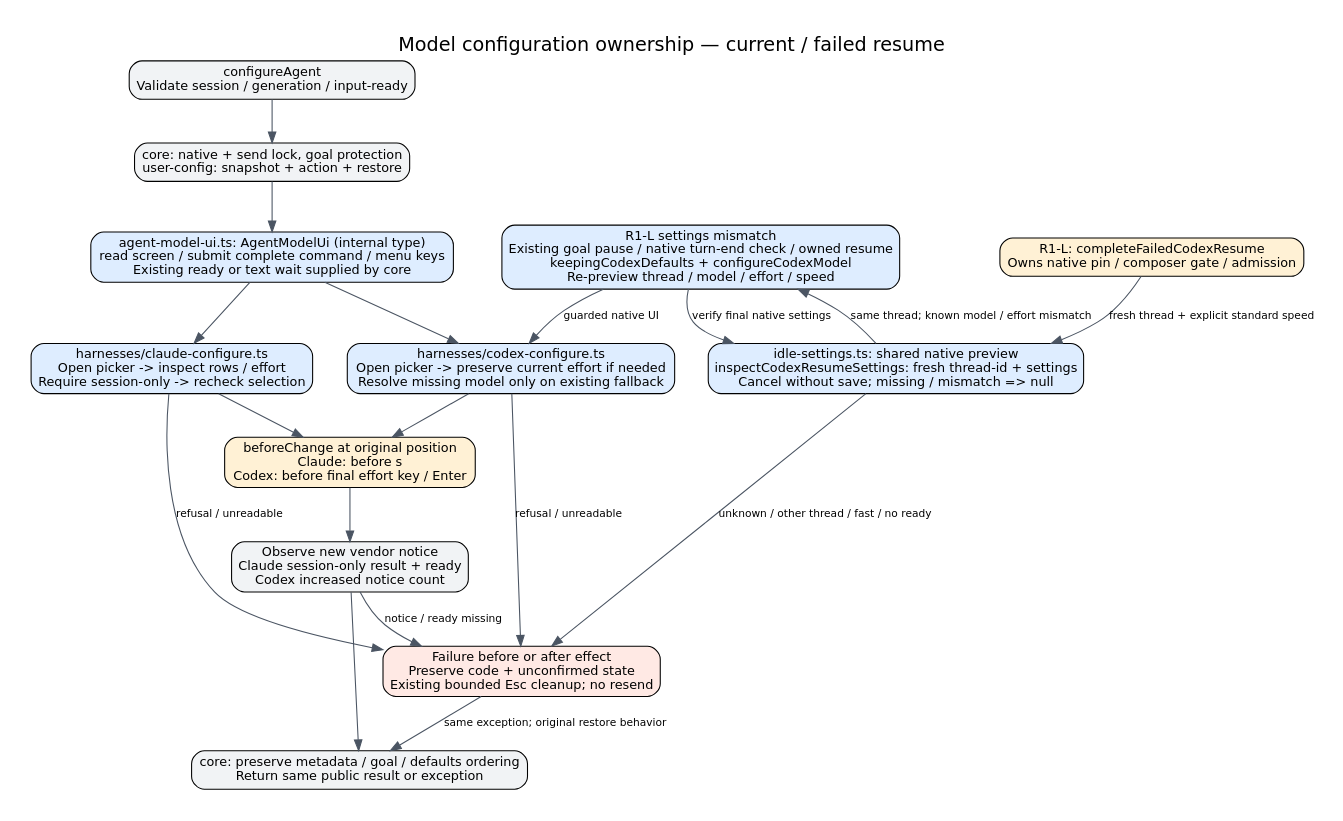
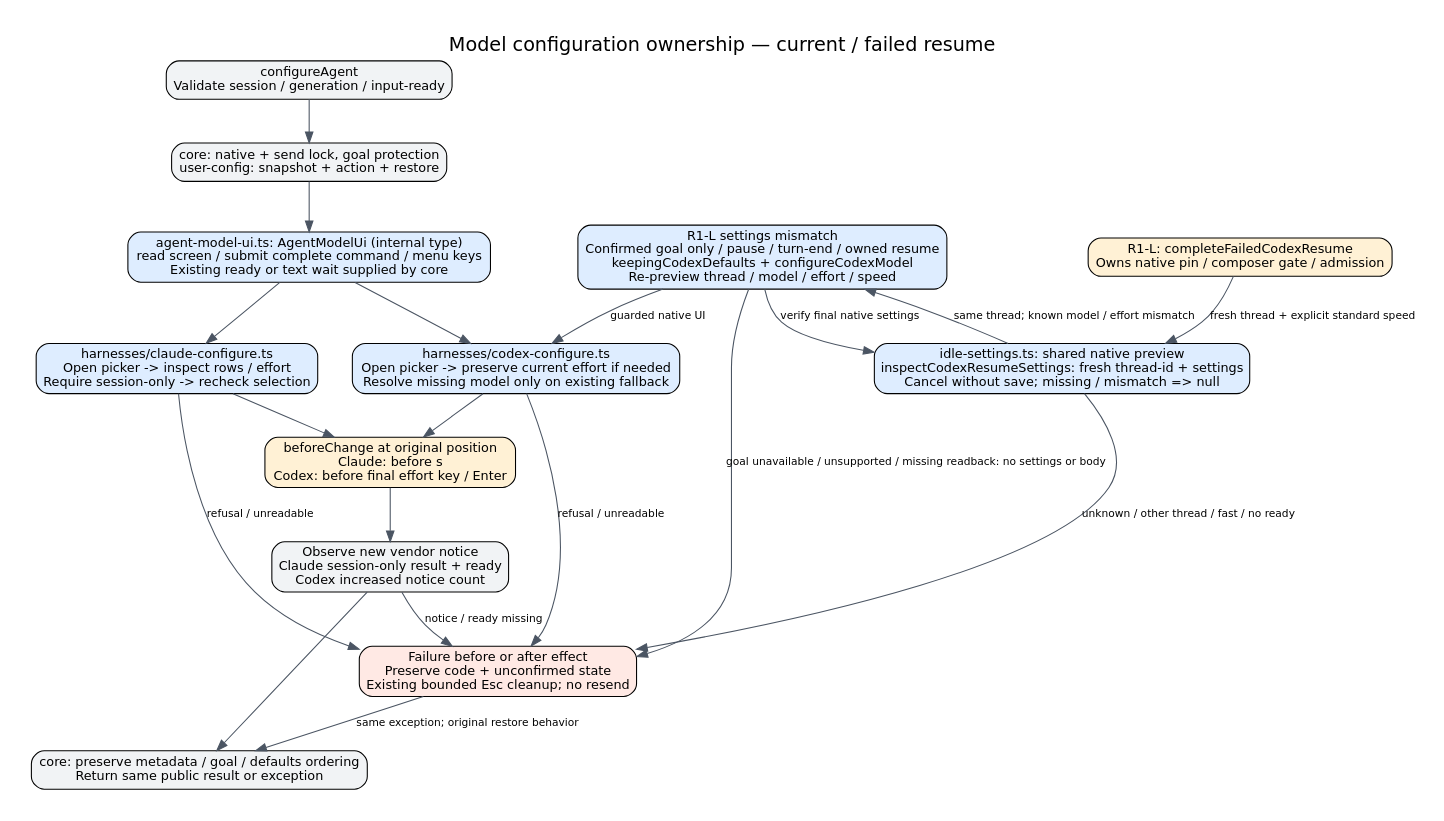
One commit to kitepon/aiterm-mcp changed the diagram in docs/architecture/model-configuration.dot. Above: the diagram before and after it, drawn with Graphviz. The commit also changed 5 other files, not shown here.

Commit message:
fix: require confirmed goal before failed resume settings repair

```diff
--- a/docs/architecture/model-configuration.dot
+++ b/docs/architecture/model-configuration.dot
@@ -1,37 +1,38 @@
 digraph configuration {
  graph [rankdir=TB,bgcolor="white",pad=0.3,nodesep=0.45,ranksep=0.55,fontname="DejaVu Sans",fontsize=18,label="Model configuration ownership — current / failed resume",labelloc=t];
  node [shape=box,style="rounded,filled",fillcolor="#f1f3f5",fontname="DejaVu Sans",fontsize=12];
  edge [fontname="DejaVu Sans",fontsize=10,color="#4b5563"];
  request [label="configureAgent\nValidate session / generation / input-ready"];
  lock [label="core: native + send lock, goal protection\nuser-config: snapshot + action + restore"];
  port [label="agent-model-ui.ts: AgentModelUi (internal type)\nread screen / submit complete command / menu keys\nExisting ready or text wait supplied by core",fillcolor="#deedff"];
  claude [label="harnesses/claude-configure.ts\nOpen picker -> inspect rows / effort\nRequire session-only -> recheck selection",fillcolor="#deedff"];
  codex [label="harnesses/codex-configure.ts\nOpen picker -> preserve current effort if needed\nResolve missing model only on existing fallback",fillcolor="#deedff"];
  sideeffect [label="beforeChange at original position\nClaude: before s\nCodex: before final effort key / Enter",fillcolor="#fff1d5"];
  observe [label="Observe new vendor notice\nClaude session-only result + ready\nCodex increased notice count"];
  result [label="core: preserve metadata / goal / defaults ordering\nReturn same public result or exception"];
  failure [label="Failure before or after effect\nPreserve code + unconfirmed state\nExisting bounded Esc cleanup; no resend",fillcolor="#ffe9e4"];
  preview [label="idle-settings.ts: shared native preview\ninspectCodexResumeSettings: fresh thread-id + settings\nCancel without save; missing / mismatch => null",fillcolor="#deedff"];
  repair [label="R1-L: completeFailedCodexResume\nOwns native pin / composer gate / admission",style="rounded,filled",fillcolor="#fff1d5"];
  repair -> preview [label="fresh thread + explicit standard speed"];
  restore_resume [label="R1-L settings mismatch
-Existing goal pause / native turn-end check / owned resume
+Confirmed goal only / pause / turn-end / owned resume
 keepingCodexDefaults + configureCodexModel
 Re-preview thread / model / effort / speed",fillcolor="#deedff"];
  preview -> restore_resume [label="same thread; known model / effort mismatch"];
  restore_resume -> codex [label="guarded native UI"];
+ restore_resume -> failure [label="goal unavailable / unsupported / missing readback: no settings or body"];
  restore_resume -> preview [label="verify final native settings"];
  preview -> failure [label="unknown / other thread / fast / no ready"];
  request -> lock;
  lock -> port;
  port -> claude;
  port -> codex;
  claude -> sideeffect;
  codex -> sideeffect;
  sideeffect -> observe;
  observe -> result;
  claude -> failure [label="refusal / unreadable"];
  codex -> failure [label="refusal / unreadable"];
  observe -> failure [label="notice / ready missing"];
  failure -> result [label="same exception; original restore behavior"];
 }
```
